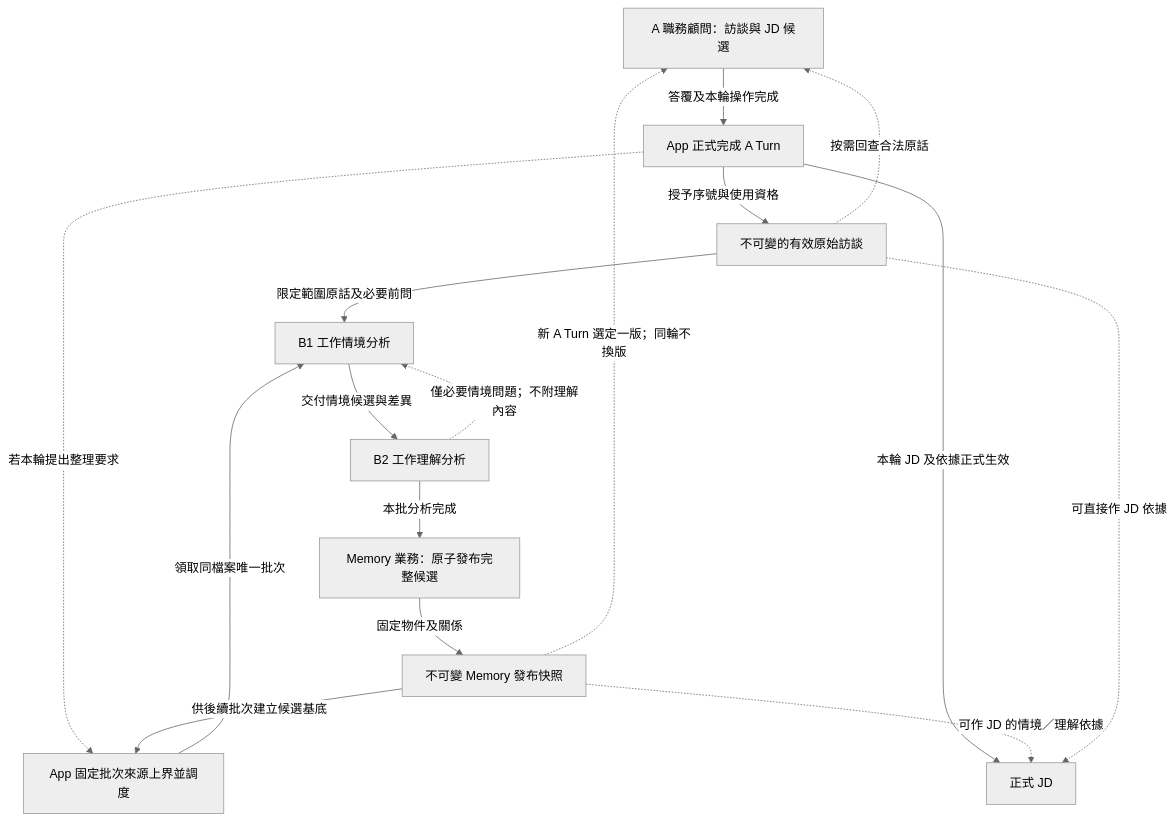
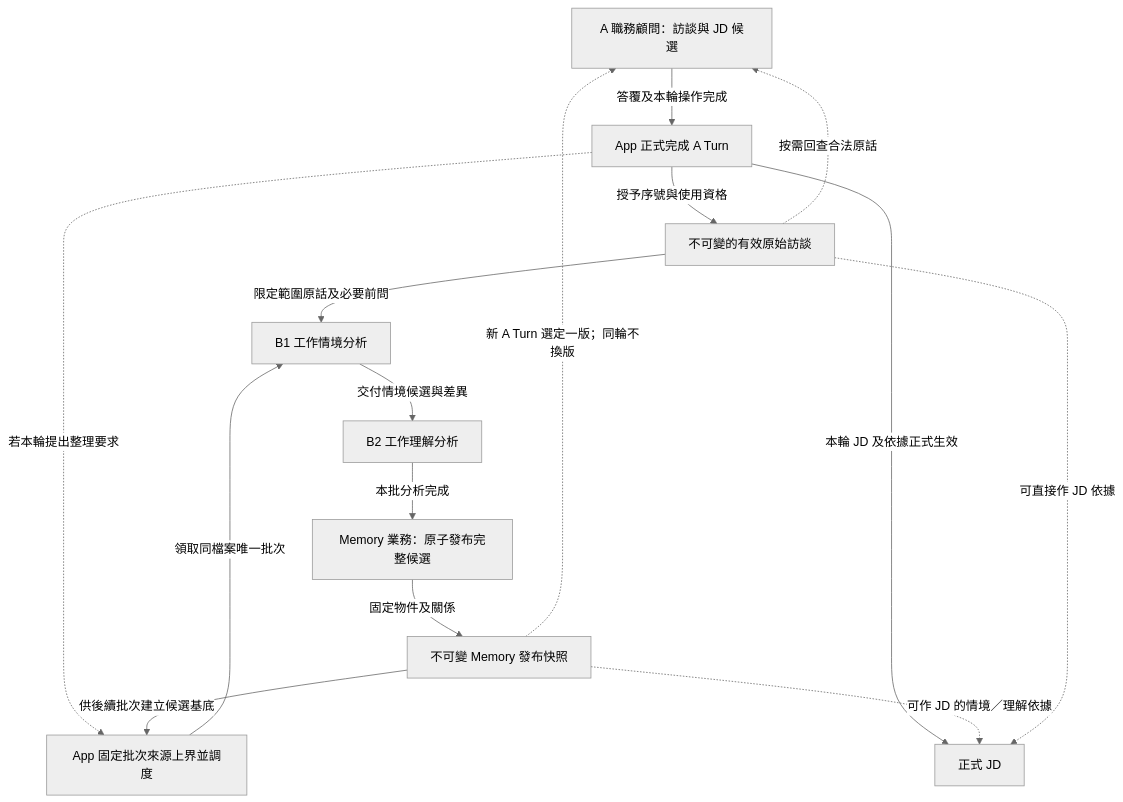
The first of 2 diagrams in docs/specs/2026-09-24-caliburn-layered-architecture-map.md (JD-Consultant/Caliburn), drawn with Mermaid (neutral theme) before and after one commit. The commit also changed other lines of this file and 1322 other files, not shown here.

First line of the commit message:
docs: curate architecture, reports and experiment evidence

````diff
--- a/docs/specs/2026-09-24-caliburn-layered-architecture-map.md
+++ b/docs/specs/2026-09-24-caliburn-layered-architecture-map.md
@@ -12,18 +9,17 @@
 ```mermaid
 flowchart TD
     A[A 職務顧問：訪談與 JD 候選] -->|答覆及本輪操作完成| commit[App 正式完成 A Turn]
     commit -->|授予序號與使用資格| R[不可變的有效原始訪談]
     commit -.若本輪提出整理要求.-> schedule[App 固定批次來源上界並調度]
     R -->|限定範圍原話及必要前問| B1[B1 工作情境分析]
     schedule -->|領取同檔案唯一批次| B1
     B1 -->|交付情境候選與差異| B2[B2 工作理解分析]
-    B2 -.僅必要情境問題；不附理解內容.-> B1
     B2 -->|本批分析完成| publish[Memory 業務：原子發布完整候選]
     publish -->|固定物件及關係| M[不可變 Memory 發布快照]
     M -->|供後續批次建立候選基底| schedule
     M -.新 A Turn 選定一版；同輪不換版.-> A
     R -.按需回查合法原話.-> A
     commit -->|本輪 JD 及依據正式生效| J[正式 JD]
     M -.可作 JD 的情境／理解依據.-> J
     R -.可直接作 JD 依據.-> J
 ```
````
